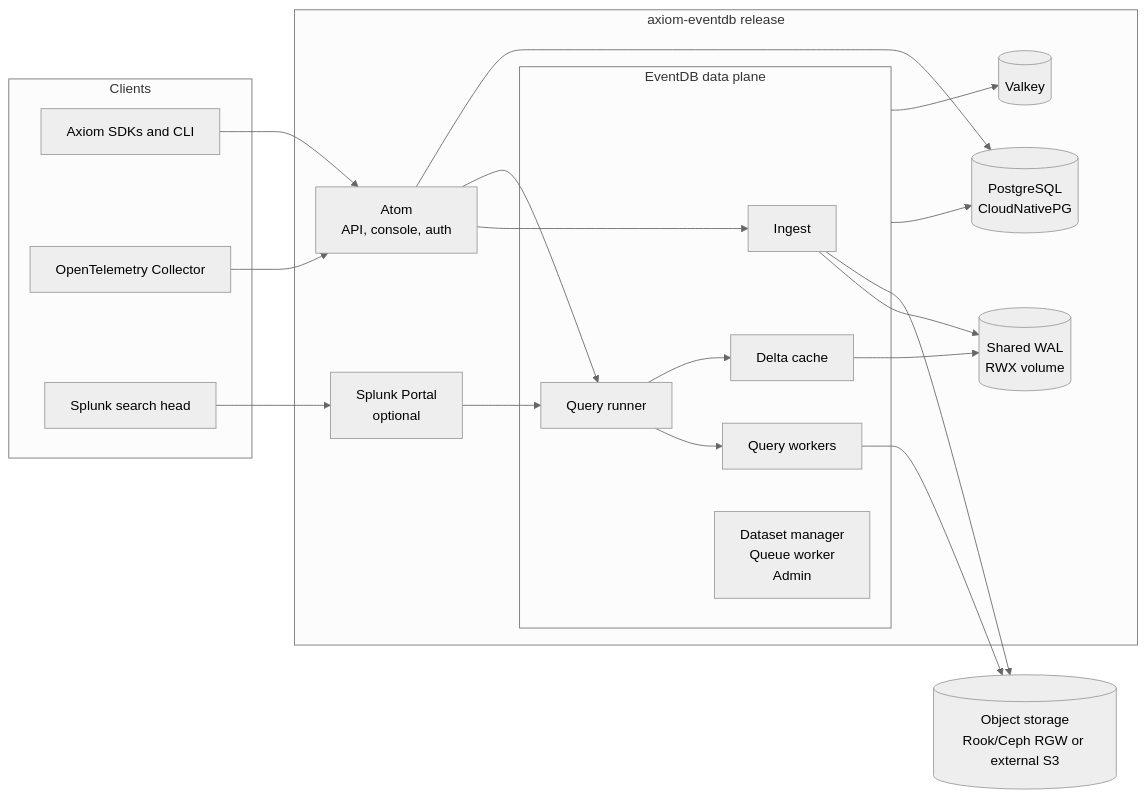
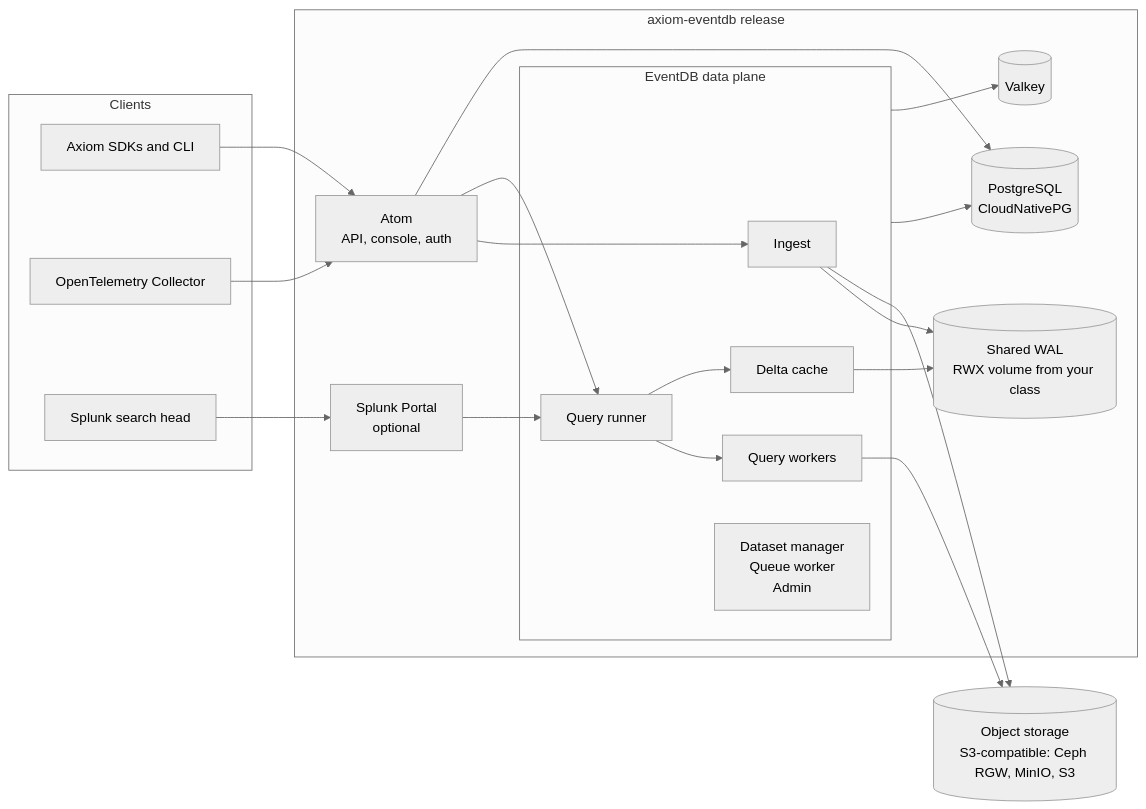
The diagram in content/docs/(documentation)/self-hosted/overview.mdx (axiomhq/docs), drawn with Mermaid (neutral theme) before and after one commit. The commit also changed other lines of this file and 8 other files, not shown here.

First line of the commit message:
Self-hosted: Ceph is a prerequisite the customer deploys, not part of the chart

````diff
--- a/content/docs/(documentation)/self-hosted/overview.mdx
+++ b/content/docs/(documentation)/self-hosted/overview.mdx
@@ -20,40 +20,40 @@
 ```mermaid
 flowchart LR
     subgraph clients [Clients]
         sdk[Axiom SDKs and CLI]
         otel[OpenTelemetry Collector]
         splunk[Splunk search head]
     end
 
     subgraph release [axiom-eventdb release]
         atom[Atom<br/>API, console, auth]
         portal[Splunk Portal<br/>optional]
         subgraph eventdb [EventDB data plane]
             ingest[Ingest]
             runner[Query runner]
             workers[Query workers]
             delta[Delta cache]
             dsm[Dataset manager<br/>Queue worker<br/>Admin]
         end
-        wal[(Shared WAL<br/>RWX volume)]
+        wal[(Shared WAL<br/>RWX volume from your class)]
         pg[(PostgreSQL<br/>CloudNativePG)]
         valkey[(Valkey)]
     end
 
-    s3[(Object storage<br/>Rook/Ceph RGW or external S3)]
+    s3[(Object storage<br/>S3-compatible: Ceph RGW, MinIO, S3)]
 
     sdk --> atom
     otel --> atom
     splunk --> portal --> runner
     atom --> ingest
     atom --> runner
     ingest --> wal
     delta --> wal
     ingest --> s3
     workers --> s3
     runner --> workers
     runner --> delta
     eventdb --> pg
     eventdb --> valkey
     atom --> pg
 ```
````
